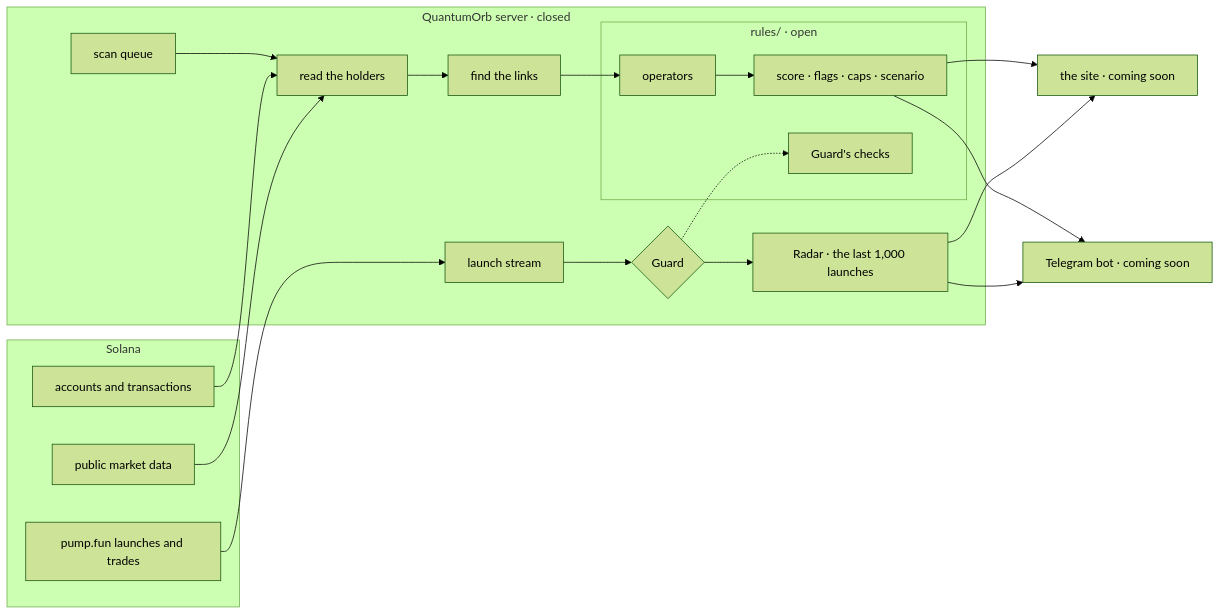
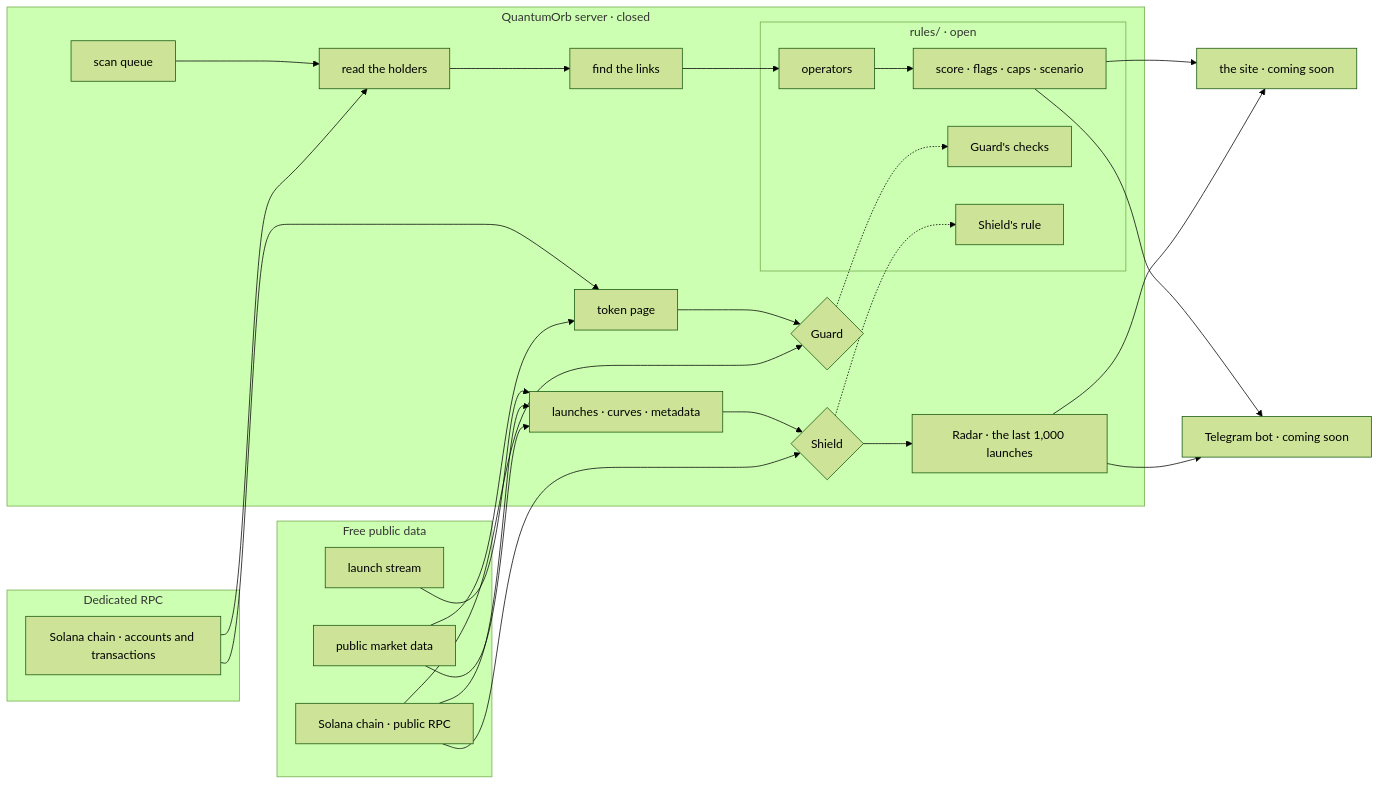
Before and after one commit to QuantumOrb/QuantOrb: the diagram in docs/architecture.md, drawn with Mermaid (forest theme). The commit also changed other lines of this file and 3 other files, not shown here.

First line of the commit message:
docs: Shield on every launch, Guard on token pages, free data for the Radar

````diff
--- a/docs/architecture.md
+++ b/docs/architecture.md
@@ -6,26 +6,37 @@
 ```mermaid
 flowchart LR
-  subgraph chain[Solana]
-    L[pump.fun launches and trades]
-    A[accounts and transactions]
-    M[public market data]
+  subgraph free[Free public data]
+    PP[launch stream]
+    PR[Solana chain · public RPC]
+    MD[public market data]
+  end
+  subgraph paid[Dedicated RPC]
+    HR[Solana chain · accounts and transactions]
   end
   subgraph server[QuantumOrb server · closed]
-    S[launch stream] --> G{Guard}
-    G --> RD[Radar · the last 1,000 launches]
+    S[launches · curves · metadata] --> SH{Shield}
+    SH --> RD[Radar · the last 1,000 launches]
     Q[scan queue] --> RE[read the holders] --> LK[find the links]
-    LK --> V
+    TP[token page] --> GD{Guard}
     subgraph open[rules/ · open]
       V[operators] --> SC[score · flags · caps · scenario]
       GC[Guard's checks]
+      SHC[Shield's rule]
     end
-    G -.-> GC
+    LK --> V
+    GD -.-> GC
+    SH -.-> SHC
   end
-  L --> S
-  A --> RE
-  M --> RE
+  PP --> S
+  PR --> S
+  MD --> S
+  PR --> SH
+  PR --> GD
+  HR --> RE
+  HR --> TP
+  MD --> TP
   SC --> W[the site · coming soon]
   RD --> W
   SC --> B[Telegram bot · coming soon]
   RD --> B
 ```
````
